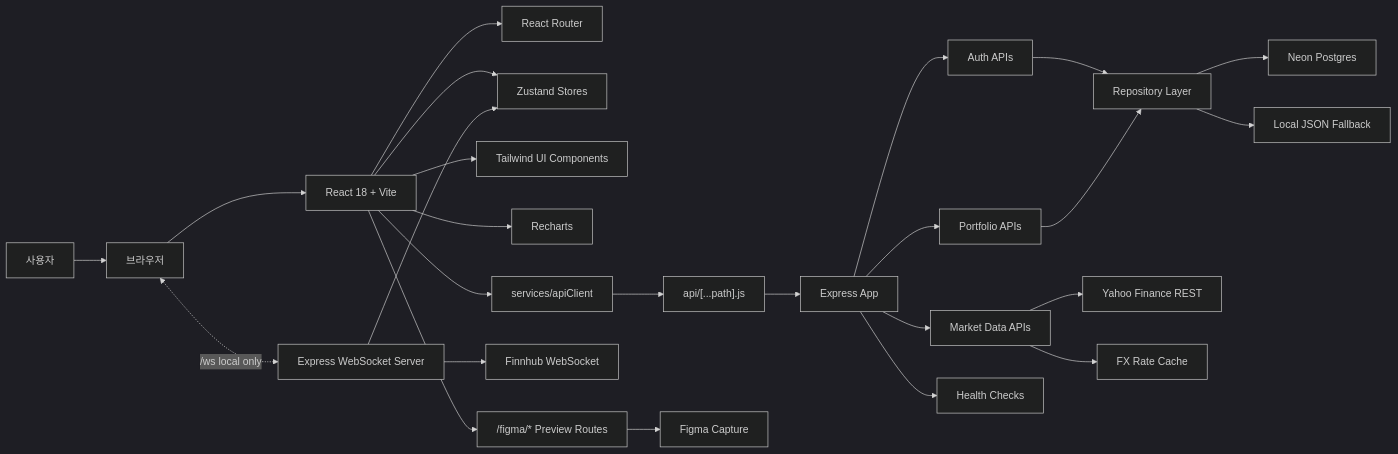
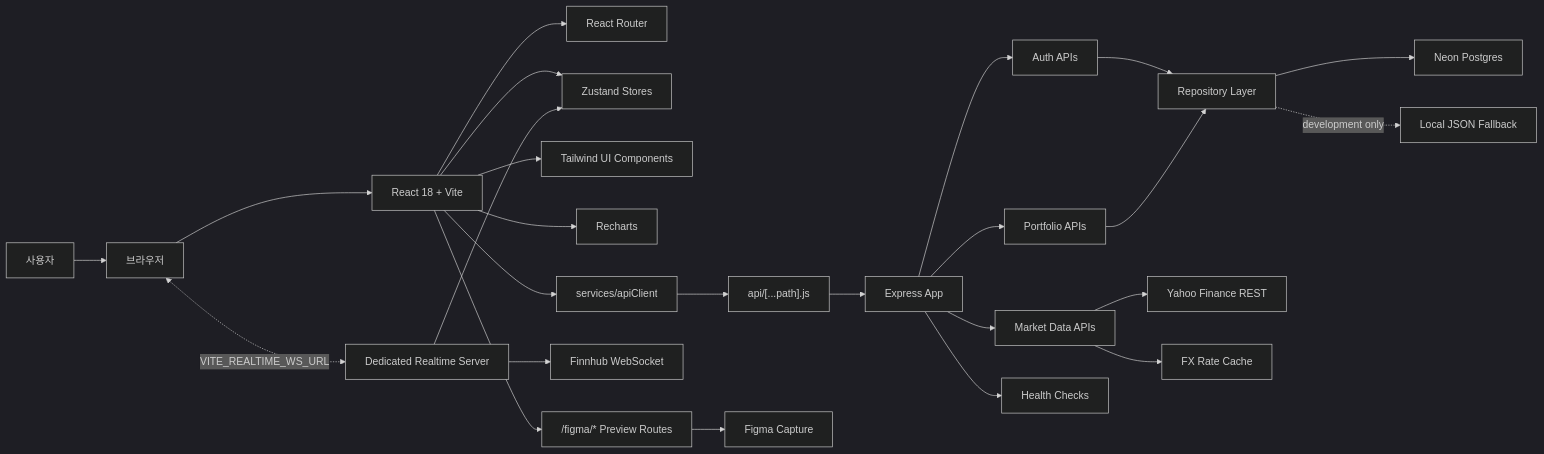
One commit to amuldi/Moayo_SmartPortfolio changed the first of 2 diagrams in README.md. Above: the diagram before and after it, drawn with Mermaid (dark theme). The commit also changed other lines of this file and 15 other files, not shown here.

````diff
--- a/README.md
+++ b/README.md
@@ -50,33 +50,33 @@
 ```mermaid
 flowchart LR
   User["사용자"] --> Browser["브라우저"]
   Browser --> React["React 18 + Vite"]
   React --> Router["React Router"]
   React --> Store["Zustand Stores"]
   React --> UI["Tailwind UI Components"]
   React --> Charts["Recharts"]
 
   React --> ApiClient["services/apiClient"]
   ApiClient --> VercelFn["api/[...path].js"]
   VercelFn --> Express["Express App"]
 
   Express --> Auth["Auth APIs"]
   Express --> PortfolioApi["Portfolio APIs"]
   Express --> MarketApi["Market Data APIs"]
   Express --> Health["Health Checks"]
 
   Auth --> Repo["Repository Layer"]
   PortfolioApi --> Repo
   Repo --> Neon["Neon Postgres"]
-  Repo --> JsonFallback["Local JSON Fallback"]
+  Repo -. development only .-> JsonFallback["Local JSON Fallback"]
 
   MarketApi --> Yahoo["Yahoo Finance REST"]
   MarketApi --> Fx["FX Rate Cache"]
 
-  Browser <-. "/ws local only" .-> WsServer["Express WebSocket Server"]
-  WsServer --> Finnhub["Finnhub WebSocket"]
-  WsServer --> Store
+  Browser <-. "VITE_REALTIME_WS_URL" .-> Realtime["Dedicated Realtime Server"]
+  Realtime --> Finnhub["Finnhub WebSocket"]
+  Realtime --> Store
 
   React --> FigmaRoutes["/figma/* Preview Routes"]
   FigmaRoutes --> Figma["Figma Capture"]
 ```
````
